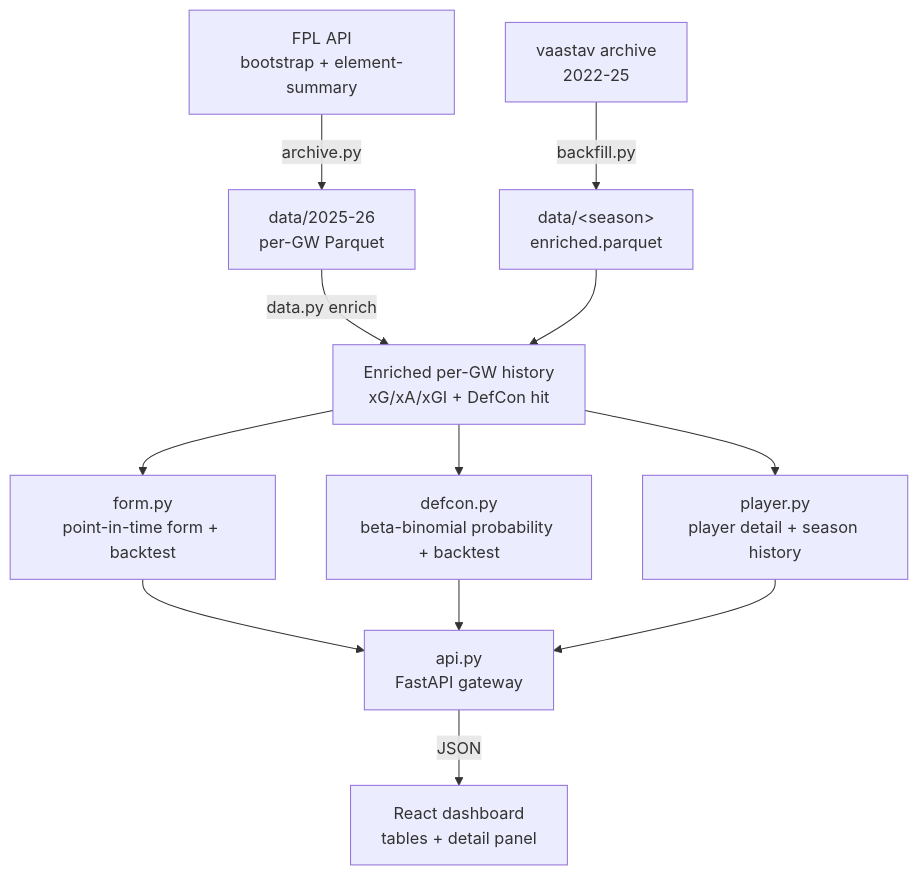
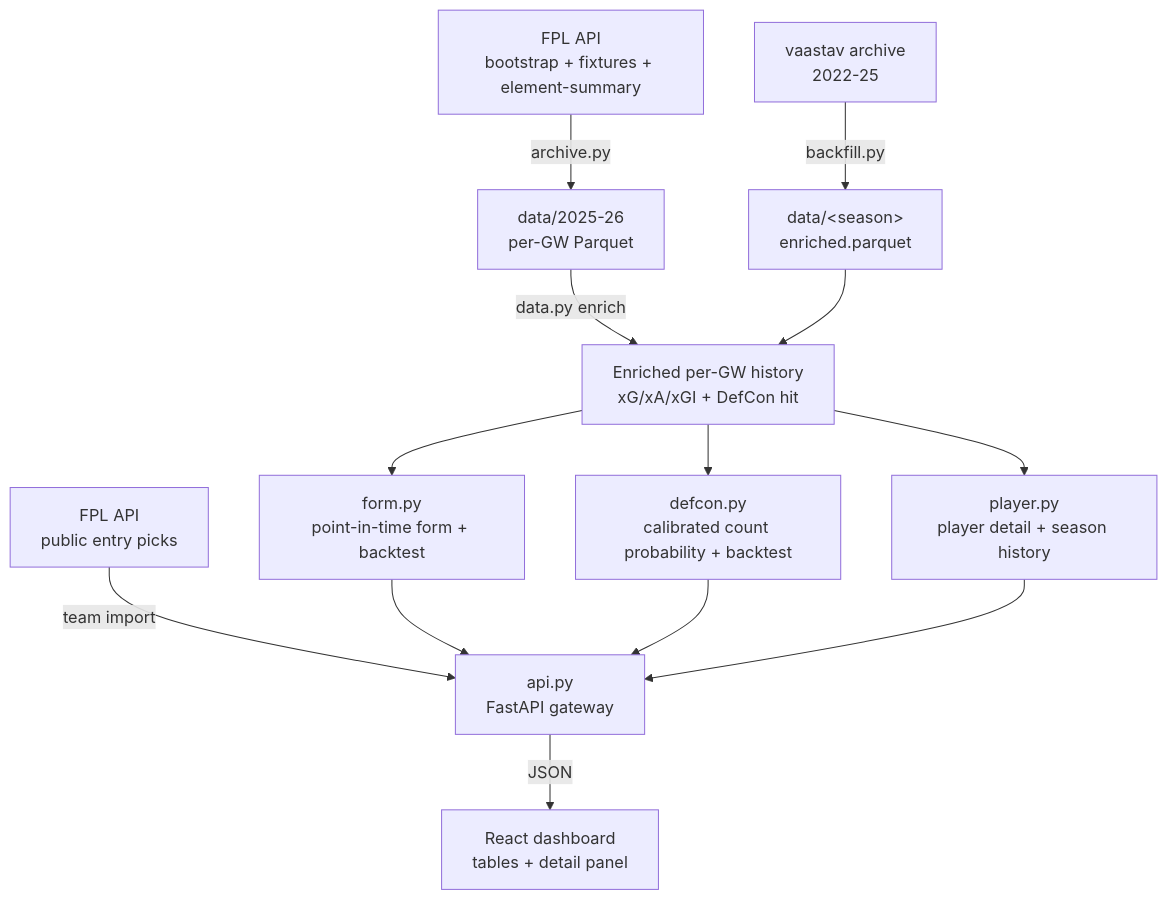
One commit to IsaacCheng9/fpl-analytics-engine changed the diagram in README.md. Above: the diagram before and after it, drawn with Mermaid. The commit also changed other lines of this file and 10 other files, not shown here.

````diff
--- a/README.md
+++ b/README.md
@@ -178,14 +202,15 @@
 ```mermaid
 flowchart TD
-    fpl[FPL API<br/>bootstrap + element-summary] -->|archive.py| snap[data/2025-26<br/>per-GW Parquet]
+    fpl[FPL API<br/>bootstrap + fixtures + element-summary] -->|archive.py| snap[data/2025-26<br/>per-GW Parquet]
+    picks[FPL API<br/>public entry picks] -->|team import| api
     vaastav[vaastav archive<br/>2022-25] -->|backfill.py| hist[data/&lt;season&gt;<br/>enriched.parquet]
     snap -->|data.py enrich| enriched[Enriched per-GW history<br/>xG/xA/xGI + DefCon hit]
     hist --> enriched
     enriched --> formmod[form.py<br/>point-in-time form + backtest]
-    enriched --> defconmod[defcon.py<br/>beta-binomial probability + backtest]
+    enriched --> defconmod[defcon.py<br/>calibrated count probability + backtest]
     enriched --> playermod[player.py<br/>player detail + season history]
     formmod --> api[api.py<br/>FastAPI gateway]
     defconmod --> api
     playermod --> api
     api -->|JSON| ui[React dashboard<br/>tables + detail panel]
 ```
````
